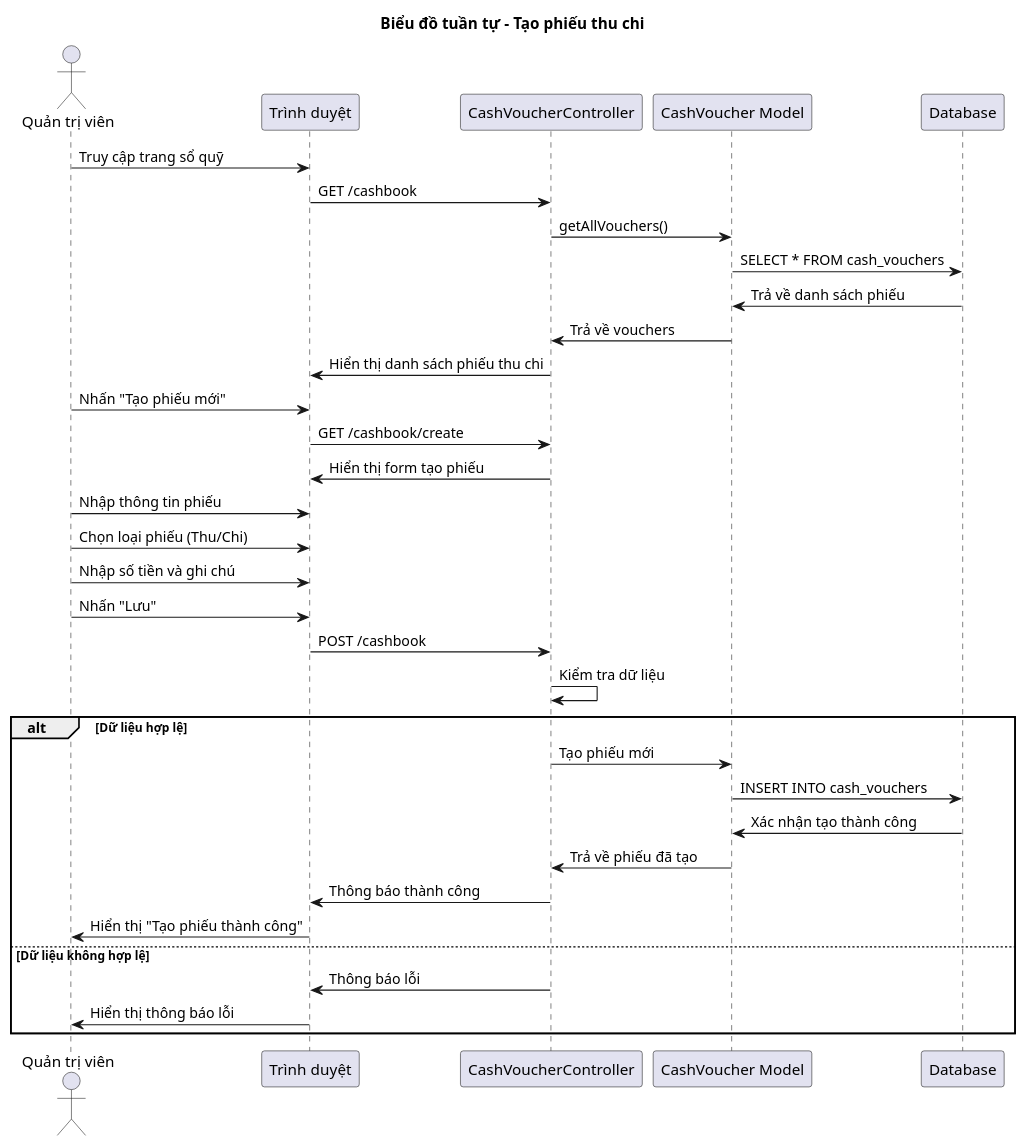
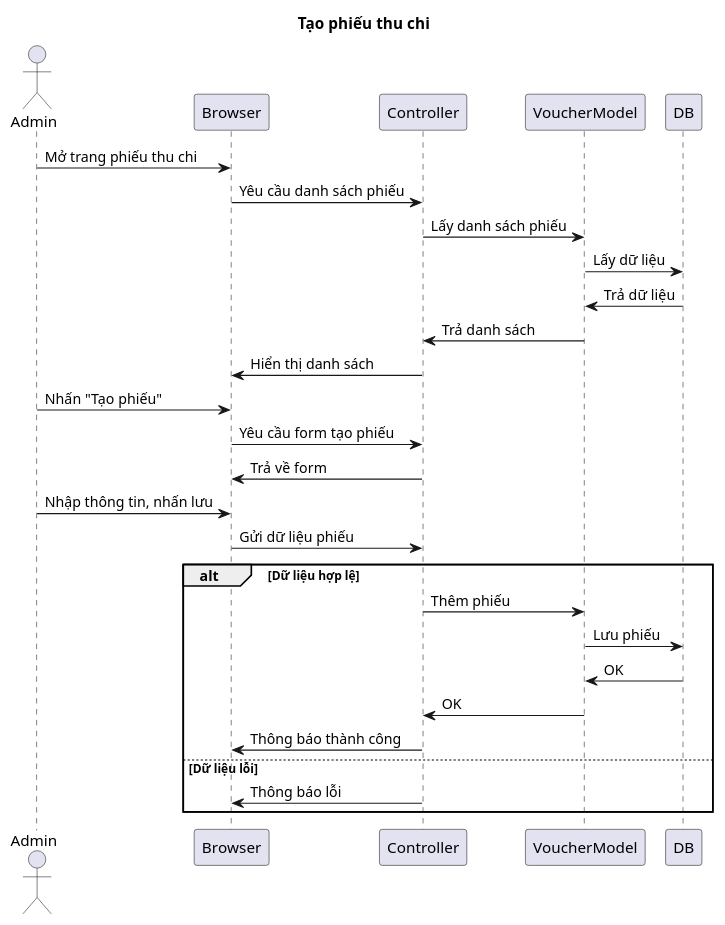
One commit to namhai03/PerfumeShop changed the diagram in docs/sequenceuml/06_07_tao_phieu_thu_chi.puml. Above: the diagram before and after it, drawn with PlantUML. The commit also changed 107 other files, not shown here.

```diff
--- a/docs/sequenceuml/06_07_tao_phieu_thu_chi.puml
+++ b/docs/sequenceuml/06_07_tao_phieu_thu_chi.puml
@@ -1,44 +1,35 @@
 @startuml Tạo phiếu thu chi
-title Biểu đồ tuần tự - Tạo phiếu thu chi
+title Tạo phiếu thu chi
 
-actor "Quản trị viên" as Admin
-participant "Trình duyệt" as Browser
-participant "CashVoucherController" as Controller
-participant "CashVoucher Model" as VoucherModel
-participant "Database" as DB
+actor Admin
+participant Browser
+participant Controller
+participant VoucherModel
+participant DB
 
-Admin -> Browser: Truy cập trang sổ quỹ
-Browser -> Controller: GET /cashbook
-Controller -> VoucherModel: getAllVouchers()
-VoucherModel -> DB: SELECT * FROM cash_vouchers
-DB -> VoucherModel: Trả về danh sách phiếu
-VoucherModel -> Controller: Trả về vouchers
-Controller -> Browser: Hiển thị danh sách phiếu thu chi
+Admin -> Browser: Mở trang phiếu thu chi
+Browser -> Controller: Yêu cầu danh sách phiếu
+Controller -> VoucherModel: Lấy danh sách phiếu
+VoucherModel -> DB: Lấy dữ liệu
+DB -> VoucherModel: Trả dữ liệu
+VoucherModel -> Controller: Trả danh sách
+Controller -> Browser: Hiển thị danh sách
 
-Admin -> Browser: Nhấn "Tạo phiếu mới"
-Browser -> Controller: GET /cashbook/create
-Controller -> Browser: Hiển thị form tạo phiếu
+Admin -> Browser: Nhấn "Tạo phiếu"
+Browser -> Controller: Yêu cầu form tạo phiếu
+Controller -> Browser: Trả về form
 
-Admin -> Browser: Nhập thông tin phiếu
-Admin -> Browser: Chọn loại phiếu (Thu/Chi)
-Admin -> Browser: Nhập số tiền và ghi chú
-Admin -> Browser: Nhấn "Lưu"
-Browser -> Controller: POST /cashbook
-
-Controller -> Controller: Kiểm tra dữ liệu
+Admin -> Browser: Nhập thông tin, nhấn lưu
+Browser -> Controller: Gửi dữ liệu phiếu
 
 alt Dữ liệu hợp lệ
-    Controller -> VoucherModel: Tạo phiếu mới
-    VoucherModel -> DB: INSERT INTO cash_vouchers
-    DB -> VoucherModel: Xác nhận tạo thành công
-    VoucherModel -> Controller: Trả về phiếu đã tạo
-    
+    Controller -> VoucherModel: Thêm phiếu
+    VoucherModel -> DB: Lưu phiếu
+    DB -> VoucherModel: OK
+    VoucherModel -> Controller: OK
     Controller -> Browser: Thông báo thành công
-    Browser -> Admin: Hiển thị "Tạo phiếu thành công"
-    
-else Dữ liệu không hợp lệ
+else Dữ liệu lỗi
     Controller -> Browser: Thông báo lỗi
-    Browser -> Admin: Hiển thị thông báo lỗi
 end
 
 @enduml
```
